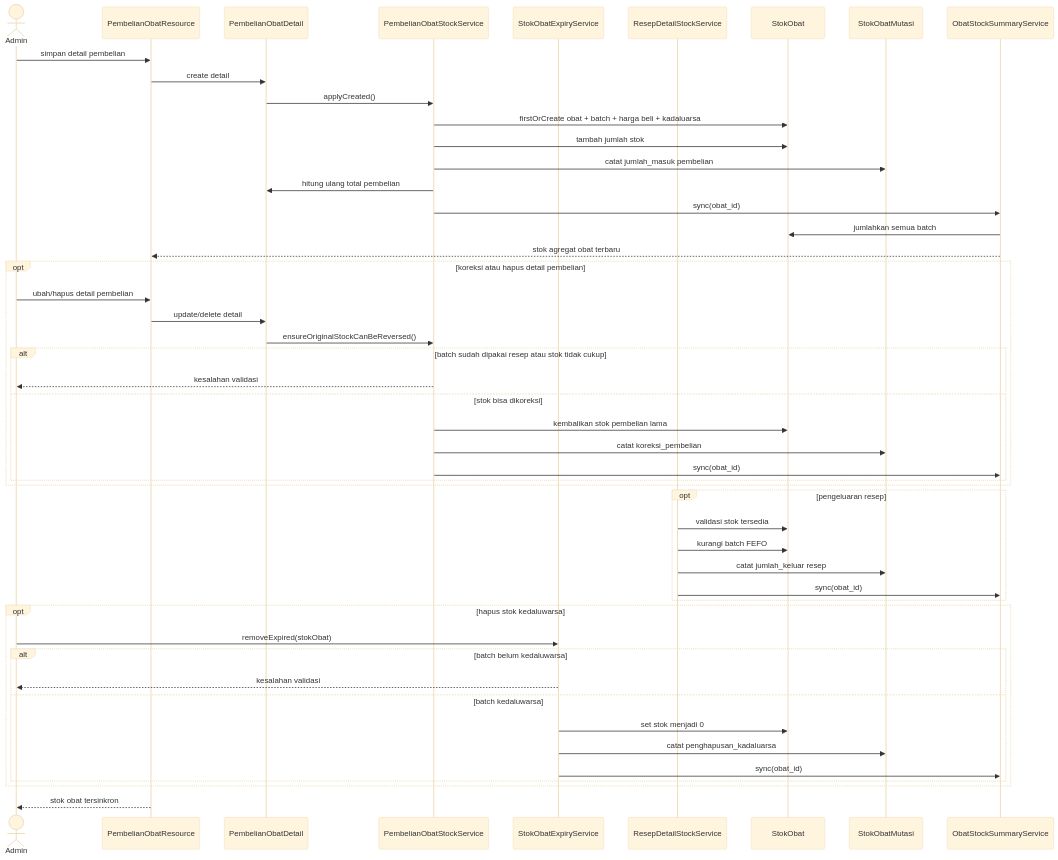
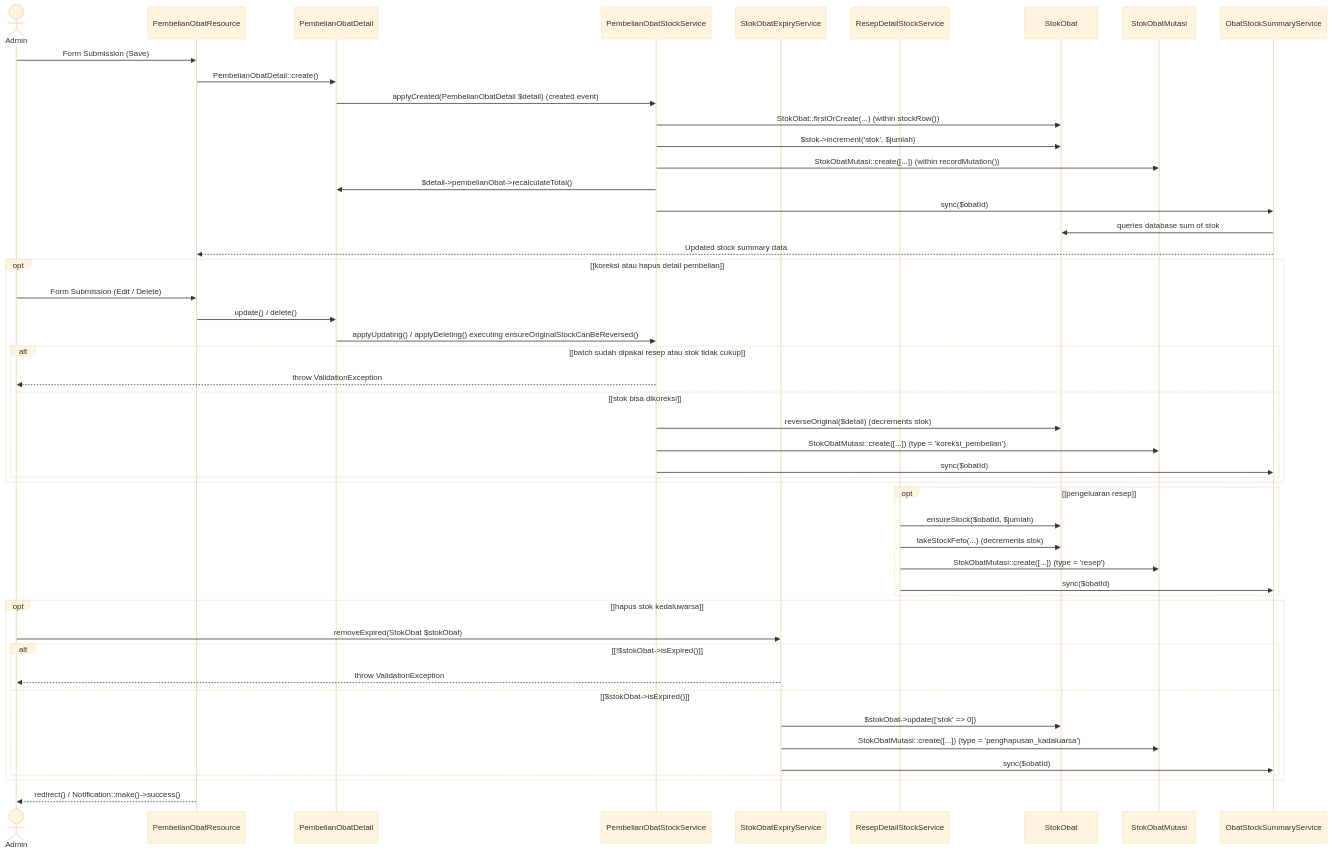
The sixth of 7 diagrams in dokumentasi/spesifikasi-proyek/sequence-diagrams.md (Faathir81/Sistem-Informasi-Klinik), drawn with Mermaid (base theme) before and after one commit. The commit also changed other lines of this file, not shown here.

Commit message:
docs: update remaining sequence diagrams (6 and 7) with technical terminology

````diff
--- a/dokumentasi/spesifikasi-proyek/sequence-diagrams.md
+++ b/dokumentasi/spesifikasi-proyek/sequence-diagrams.md
@@ -204,56 +204,56 @@
 ```mermaid
 sequenceDiagram
     actor Admin
     participant Resource as PembelianObatResource
     participant Detail as PembelianObatDetail
     participant PurchaseStock as PembelianObatStockService
     participant ExpiryStock as StokObatExpiryService
     participant RecipeStock as ResepDetailStockService
     participant Stok as StokObat
     participant Mutasi as StokObatMutasi
     participant Ringkasan as ObatStockSummaryService
 
-    Admin->>Resource: simpan detail pembelian
-    Resource->>Detail: create detail
-    Detail->>PurchaseStock: applyCreated()
-    PurchaseStock->>Stok: firstOrCreate obat + batch + harga beli + kadaluarsa
-    PurchaseStock->>Stok: tambah jumlah stok
-    PurchaseStock->>Mutasi: catat jumlah_masuk pembelian
-    PurchaseStock->>Detail: hitung ulang total pembelian
-    PurchaseStock->>Ringkasan: sync(obat_id)
-    Ringkasan->>Stok: jumlahkan semua batch
-    Ringkasan-->>Resource: stok agregat obat terbaru
+    Admin->>Resource: Form Submission (Save)
+    Resource->>Detail: PembelianObatDetail::create()
+    Detail->>PurchaseStock: applyCreated(PembelianObatDetail $detail) (created event)
+    PurchaseStock->>Stok: StokObat::firstOrCreate(...) (within stockRow())
+    PurchaseStock->>Stok: $stok->increment('stok', $jumlah)
+    PurchaseStock->>Mutasi: StokObatMutasi::create([...]) (within recordMutation())
+    PurchaseStock->>Detail: $detail->pembelianObat->recalculateTotal()
+    PurchaseStock->>Ringkasan: sync($obatId)
+    Ringkasan->>Stok: queries database sum of stok
+    Ringkasan-->>Resource: Updated stock summary data
 
-    opt koreksi atau hapus detail pembelian
-        Admin->>Resource: ubah/hapus detail pembelian
-        Resource->>Detail: update/delete detail
-        Detail->>PurchaseStock: ensureOriginalStockCanBeReversed()
-        alt batch sudah dipakai resep atau stok tidak cukup
-            PurchaseStock-->>Admin: kesalahan validasi
-        else stok bisa dikoreksi
-            PurchaseStock->>Stok: kembalikan stok pembelian lama
-            PurchaseStock->>Mutasi: catat koreksi_pembelian
-            PurchaseStock->>Ringkasan: sync(obat_id)
+    opt [koreksi atau hapus detail pembelian]
+        Admin->>Resource: Form Submission (Edit / Delete)
+        Resource->>Detail: update() / delete()
+        Detail->>PurchaseStock: applyUpdating() / applyDeleting() executing ensureOriginalStockCanBeReversed()
+        alt [batch sudah dipakai resep atau stok tidak cukup]
+            PurchaseStock-->>Admin: throw ValidationException
+        else [stok bisa dikoreksi]
+            PurchaseStock->>Stok: reverseOriginal($detail) (decrements stok)
+            PurchaseStock->>Mutasi: StokObatMutasi::create([...]) (type = 'koreksi_pembelian')
+            PurchaseStock->>Ringkasan: sync($obatId)
         end
     end
 
-    opt pengeluaran resep
-        RecipeStock->>Stok: validasi stok tersedia
-        RecipeStock->>Stok: kurangi batch FEFO
-        RecipeStock->>Mutasi: catat jumlah_keluar resep
-        RecipeStock->>Ringkasan: sync(obat_id)
+    opt [pengeluaran resep]
+        RecipeStock->>Stok: ensureStock($obatId, $jumlah)
+        RecipeStock->>Stok: takeStockFefo(...) (decrements stok)
+        RecipeStock->>Mutasi: StokObatMutasi::create([...]) (type = 'resep')
+        RecipeStock->>Ringkasan: sync($obatId)
     end
 
-    opt hapus stok kedaluwarsa
-        Admin->>ExpiryStock: removeExpired(stokObat)
-        alt batch belum kedaluwarsa
-            ExpiryStock-->>Admin: kesalahan validasi
-        else batch kedaluwarsa
-            ExpiryStock->>Stok: set stok menjadi 0
-            ExpiryStock->>Mutasi: catat penghapusan_kadaluarsa
-            ExpiryStock->>Ringkasan: sync(obat_id)
+    opt [hapus stok kedaluwarsa]
+        Admin->>ExpiryStock: removeExpired(StokObat $stokObat)
+        alt [!$stokObat->isExpired()]
+            ExpiryStock-->>Admin: throw ValidationException
+        else [$stokObat->isExpired()]
+            ExpiryStock->>Stok: $stokObat->update(['stok' => 0])
+            ExpiryStock->>Mutasi: StokObatMutasi::create([...]) (type = 'penghapusan_kadaluarsa')
+            ExpiryStock->>Ringkasan: sync($obatId)
         end
     end
 
-    Resource-->>Admin: stok obat tersinkron
+    Resource-->>Admin: redirect() / Notification::make()->success()
 ```
````
